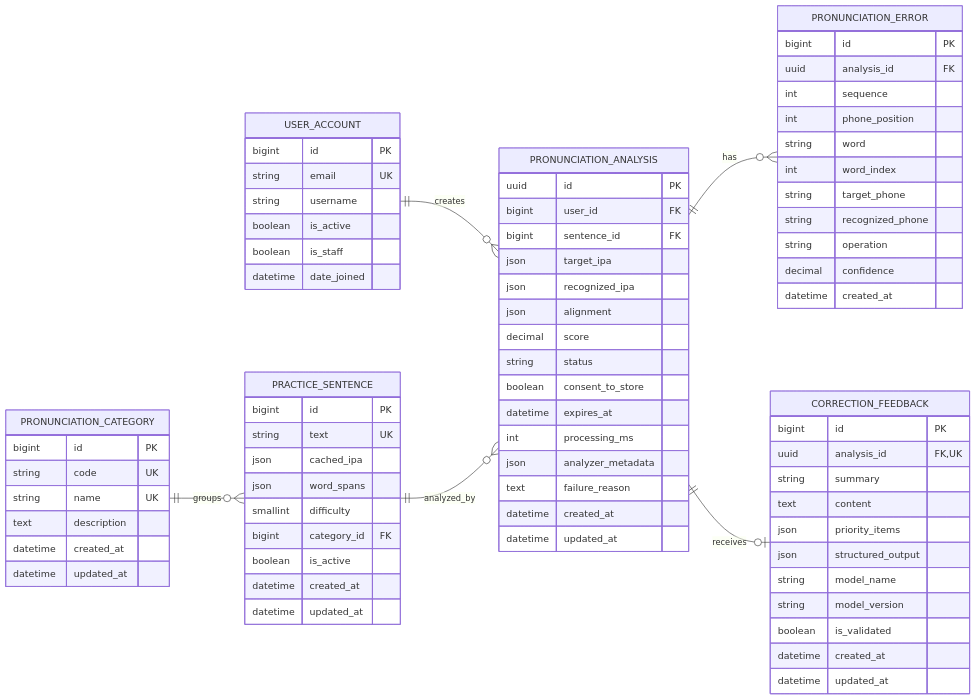
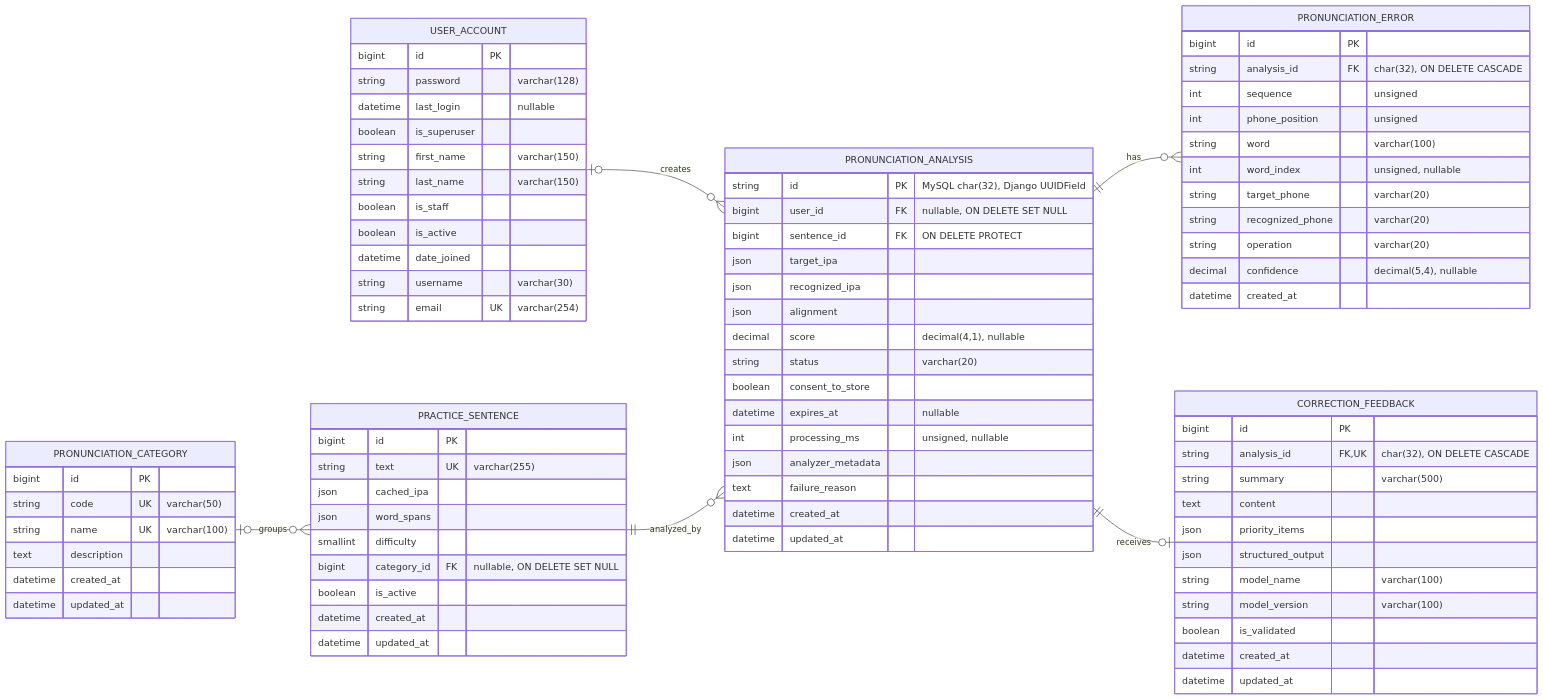
Before and after one commit to Squater0219/Jipangi: the diagram in docs/database-erd.md, drawn with Mermaid. The commit also changed other lines of this file, not shown here.

Commit message:
docs: align ERD with MySQL schema

```diff
--- a/docs/database-erd.md
+++ b/docs/database-erd.md
@@ -7,25 +9,30 @@
 erDiagram
     direction LR
 
-    USER_ACCOUNT ||--o{ PRONUNCIATION_ANALYSIS : creates
+    USER_ACCOUNT o|--o{ PRONUNCIATION_ANALYSIS : creates
     PRACTICE_SENTENCE ||--o{ PRONUNCIATION_ANALYSIS : analyzed_by
-    PRONUNCIATION_CATEGORY ||--o{ PRACTICE_SENTENCE : groups
+    PRONUNCIATION_CATEGORY o|--o{ PRACTICE_SENTENCE : groups
     PRONUNCIATION_ANALYSIS ||--o{ PRONUNCIATION_ERROR : has
     PRONUNCIATION_ANALYSIS ||--o| CORRECTION_FEEDBACK : receives
 
     USER_ACCOUNT {
         bigint id PK
-        string email UK
-        string username
+        string password "varchar(128)"
+        datetime last_login "nullable"
+        boolean is_superuser
+        string first_name "varchar(150)"
+        string last_name "varchar(150)"
+        boolean is_staff
         boolean is_active
-        boolean is_staff
         datetime date_joined
+        string username "varchar(30)"
+        string email UK "varchar(254)"
     }
 
     PRONUNCIATION_CATEGORY {
         bigint id PK
-        string code UK
-        string name UK
+        string code UK "varchar(50)"
+        string name UK "varchar(100)"
         text description
         datetime created_at
         datetime updated_at
@@ -33,28 +40,28 @@
 
     PRACTICE_SENTENCE {
         bigint id PK
-        string text UK
+        string text UK "varchar(255)"
         json cached_ipa
         json word_spans
         smallint difficulty
-        bigint category_id FK
+        bigint category_id FK "nullable, ON DELETE SET NULL"
         boolean is_active
         datetime created_at
         datetime updated_at
     }
 
     PRONUNCIATION_ANALYSIS {
-        uuid id PK
-        bigint user_id FK
-        bigint sentence_id FK
+        string id PK "MySQL char(32), Django UUIDField"
+        bigint user_id FK "nullable, ON DELETE SET NULL"
+        bigint sentence_id FK "ON DELETE PROTECT"
         json target_ipa
         json recognized_ipa
         json alignment
-        decimal score
-        string status
+        decimal score "decimal(4,1), nullable"
+        string status "varchar(20)"
         boolean consent_to_store
-        datetime expires_at
-        int processing_ms
+        datetime expires_at "nullable"
+        int processing_ms "unsigned, nullable"
         json analyzer_metadata
         text failure_reason
         datetime created_at
@@ -63,27 +70,27 @@
 
     PRONUNCIATION_ERROR {
         bigint id PK
-        uuid analysis_id FK
-        int sequence
-        int phone_position
-        string word
-        int word_index
-        string target_phone
-        string recognized_phone
-        string operation
-        decimal confidence
+        string analysis_id FK "char(32), ON DELETE CASCADE"
+        int sequence "unsigned"
+        int phone_position "unsigned"
+        string word "varchar(100)"
+        int word_index "unsigned, nullable"
+        string target_phone "varchar(20)"
+        string recognized_phone "varchar(20)"
+        string operation "varchar(20)"
+        decimal confidence "decimal(5,4), nullable"
         datetime created_at
     }
 
     CORRECTION_FEEDBACK {
         bigint id PK
-        uuid analysis_id FK,UK
-        string summary
+        string analysis_id FK,UK "char(32), ON DELETE CASCADE"
+        string summary "varchar(500)"
         text content
         json priority_items
         json structured_output
-        string model_name
-        string model_version
+        string model_name "varchar(100)"
+        string model_version "varchar(100)"
         boolean is_validated
         datetime created_at
         datetime updated_at
```
